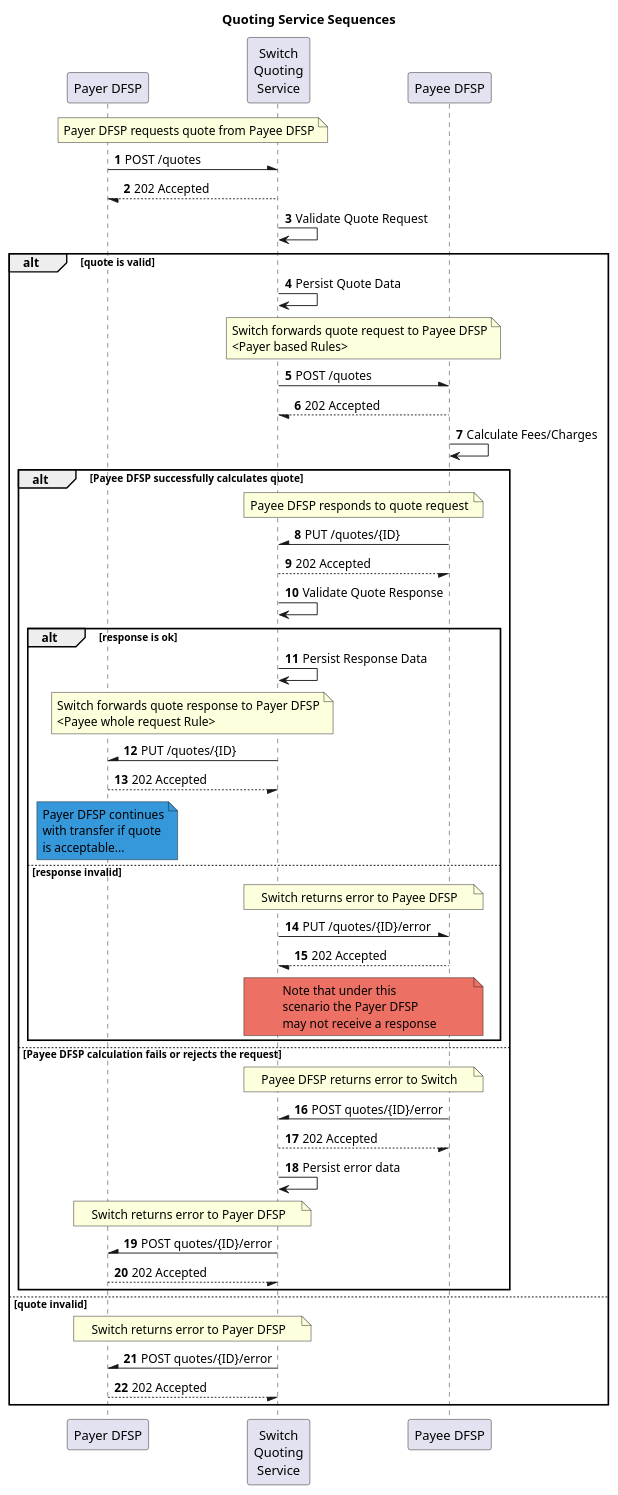
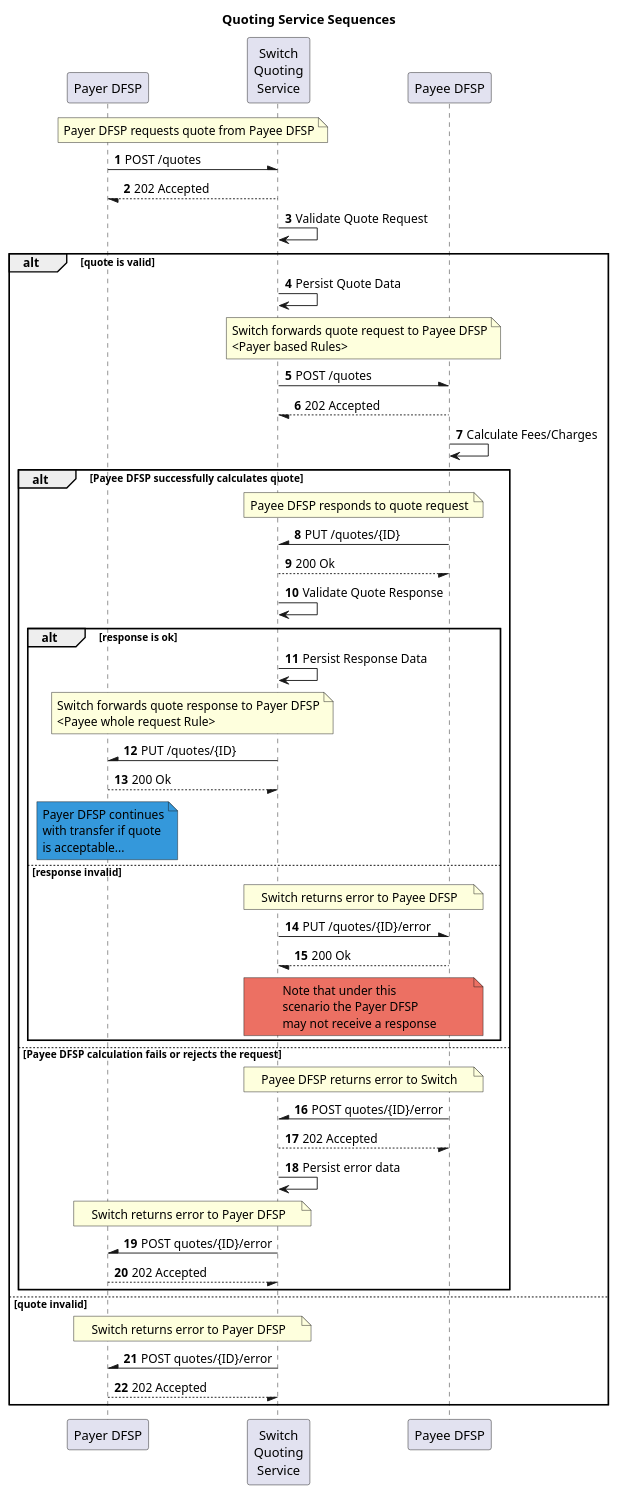
Before and after one commit to mojaloop/documentation: the diagram in mojaloop-technical-overview/quoting-service/assets/diagrams/sequence/seq-quotes-1.0.0.plantuml, drawn with PlantUML.

Commit message:
Fix PUT response codes for quoting service

```diff
--- a/mojaloop-technical-overview/quoting-service/assets/diagrams/sequence/seq-quotes-1.0.0.plantuml
+++ b/mojaloop-technical-overview/quoting-service/assets/diagrams/sequence/seq-quotes-1.0.0.plantuml
@@ -1,66 +1,66 @@
 @startuml
 Title Quoting Service Sequences
 participant "Payer DFSP"
 participant "Switch\nQuoting\nService" as Switch
 participant "Payee DFSP"
 
 autonumber
 note over "Payer DFSP", Switch: Payer DFSP requests quote from Payee DFSP
 "Payer DFSP" -\ Switch: POST /quotes
 Switch --/ "Payer DFSP": 202 Accepted
 Switch -> Switch: Validate Quote Request
 alt quote is valid
     Switch -> Switch: Persist Quote Data
     note over Switch, "Payee DFSP": Switch forwards quote request to Payee DFSP\n<Payer based Rules> 
     Switch -\ "Payee DFSP": POST /quotes
     "Payee DFSP" --/ Switch: 202 Accepted
     "Payee DFSP" -> "Payee DFSP": Calculate Fees/Charges
     
     alt Payee DFSP successfully calculates quote
     
         note over "Payee DFSP", Switch: Payee DFSP responds to quote request
         "Payee DFSP" -\ Switch: PUT /quotes/{ID}
-        Switch --/ "Payee DFSP": 202 Accepted
+        Switch --/ "Payee DFSP": 200 Ok
         
         Switch -> Switch: Validate Quote Response
         
         alt response is ok
         
             Switch -> Switch: Persist Response Data
             
             note over Switch, "Payer DFSP": Switch forwards quote response to Payer DFSP\n<Payee \ whole request Rule>
             
             Switch -\ "Payer DFSP": PUT /quotes/{ID}
-            "Payer DFSP" --/ Switch: 202 Accepted
+            "Payer DFSP" --/ Switch: 200 Ok
             
             note over "Payer DFSP" #3498db: Payer DFSP continues\nwith transfer if quote\nis acceptable...
         else response invalid
         
             note over Switch, "Payee DFSP": Switch returns error to Payee DFSP
         
             Switch -\ "Payee DFSP": PUT /quotes/{ID}/error
-            "Payee DFSP" --/ Switch : 202 Accepted
+            "Payee DFSP" --/ Switch : 200 Ok
             
             note over Switch, "Payee DFSP" #ec7063: Note that under this\nscenario the Payer DFSP\nmay not receive a response
         
         end
     else Payee DFSP calculation fails or rejects the request
     
         note over "Payee DFSP", Switch: Payee DFSP returns error to Switch
     
         "Payee DFSP" -\ Switch: POST quotes/{ID}/error
         Switch --/ "Payee DFSP": 202 Accepted
         Switch -> Switch: Persist error data
         
         note over "Payer DFSP", Switch: Switch returns error to Payer DFSP
         
         Switch -\ "Payer DFSP": POST quotes/{ID}/error
         "Payer DFSP" --/ Switch: 202 Accepted
     
     end
 else quote invalid
     note over "Payer DFSP", Switch: Switch returns error to Payer DFSP
     Switch -\ "Payer DFSP": POST quotes/{ID}/error
     "Payer DFSP" --/ Switch: 202 Accepted
 end
 @enduml
```
